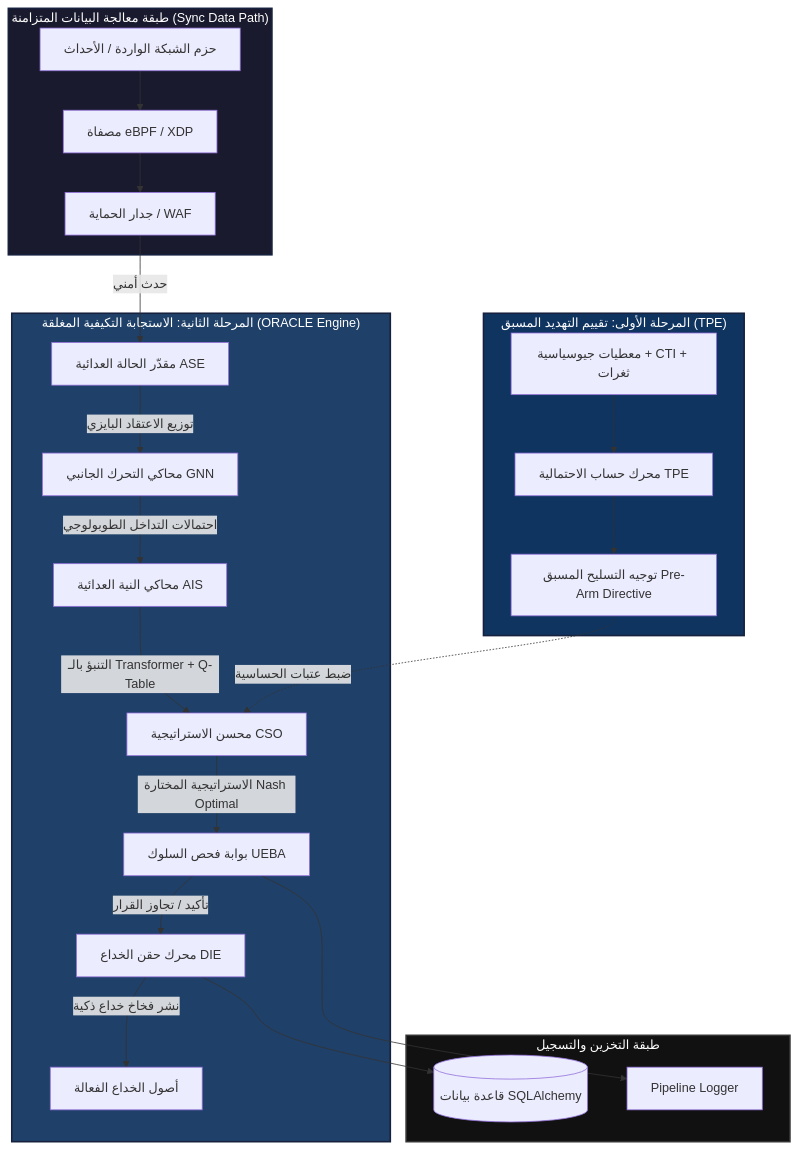
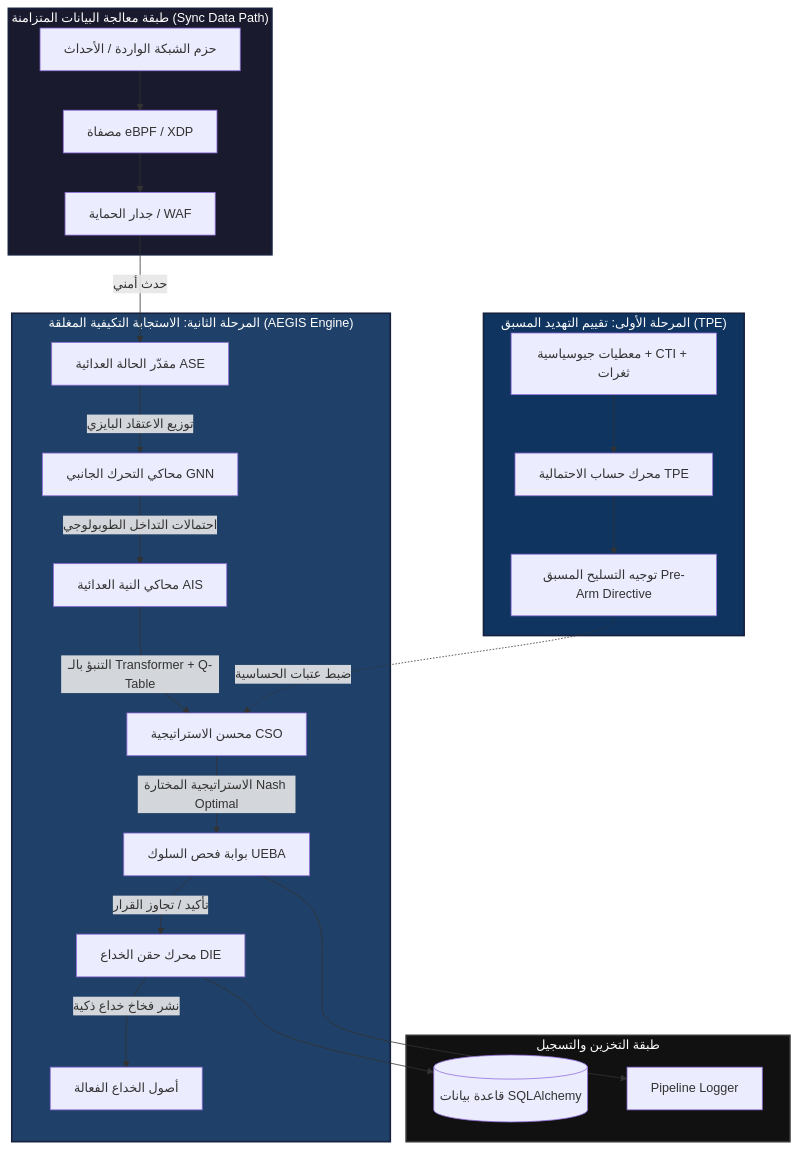
The first of 6 diagrams in predictive_ai_documentation.md (waheeb71/bunyanx_doc), drawn with Mermaid before and after one commit. The commit also changed other lines of this file and 29 other files, not shown here.

Commit message:
feat: complete redesign of BUNYANX graduation showcase with mobile-first QR UX, 17 modules catalog, attack demos, testing matrices, and architecture visualizer

````diff
--- a/predictive_ai_documentation.md
+++ b/predictive_ai_documentation.md
@@ -113,38 +113,38 @@
 ```mermaid
 graph TD
     %% الطبقة الخارجية وطبقة الشبكة
     subgraph DataPath ["طبقة معالجة البيانات المتزامنة (Sync Data Path)"]
         Packet[حزم الشبكة الواردة / الأحداث] --> eBPF[مصفاة eBPF / XDP]
         eBPF --> WAF[جدار الحماية / WAF]
     end
 
     %% المحرك الاستباقي ثنائي المراحل
     subgraph Stage1 ["المرحلة الأولى: تقييم التهديد المسبق (TPE)"]
         Context[معطيات جيوسياسية + CTI + ثغرات] --> EngineTPE[محرك حساب الاحتمالية TPE]
         EngineTPE --> PreArm[توجيه التسليح المسبق Pre-Arm Directive]
     end
 
-    subgraph Stage2 ["المرحلة الثانية: الاستجابة التكيفية المغلقة (ORACLE Engine)"]
+    subgraph Stage2 ["المرحلة الثانية: الاستجابة التكيفية المغلقة (AEGIS Engine)"]
         WAF -- حدث أمني --> ASE[مقدّر الحالة العدائية ASE]
         ASE -- توزيع الاعتقاد البايزي --> GNN[محاكي التحرك الجانبي GNN]
         GNN -- احتمالات التداخل الطوبولوجي --> AIS[محاكي النية العدائية AIS]
         AIS -- التنبؤ بالـ Transformer + Q-Table --> CSO[محسن الاستراتيجية CSO]
         
         PreArm -. ضبط عتبات الحساسية .-> CSO
         
         CSO -- الاستراتيجية المختارة Nash Optimal --> UEBA[بوابة فحص السلوك UEBA]
         UEBA -- تأكيد / تجاوز القرار --> DIE[محرك حقن الخداع DIE]
         DIE -- نشر فخاخ خداع ذكية --> DeployDecoy[أصول الخداع الفعالة]
     end
 
     %% التخزين والتسجيل
     subgraph Storage ["طبقة التخزين والتسجيل"]
         DIE --> DB[(قاعدة بيانات SQLAlchemy)]
         UEBA --> Logger[Pipeline Logger]
     end
 
     style DataPath fill:#1a1a2e,stroke:#16213e,stroke-width:2px,color:#fff
     style Stage1 fill:#0f3460,stroke:#16213e,stroke-width:2px,color:#fff
     style Stage2 fill:#1f4068,stroke:#16213e,stroke-width:2px,color:#fff
     style Storage fill:#111,stroke:#333,stroke-width:2px,color:#fff
 ```
````
